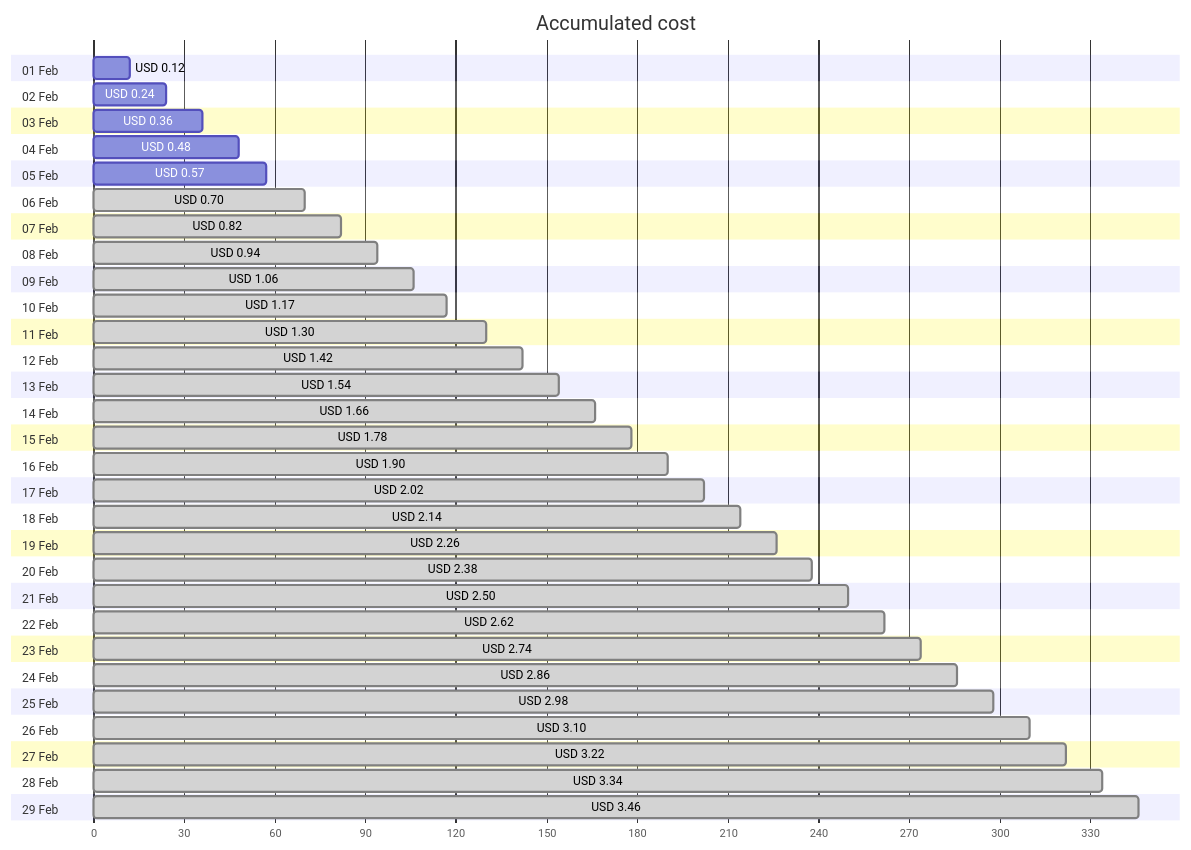
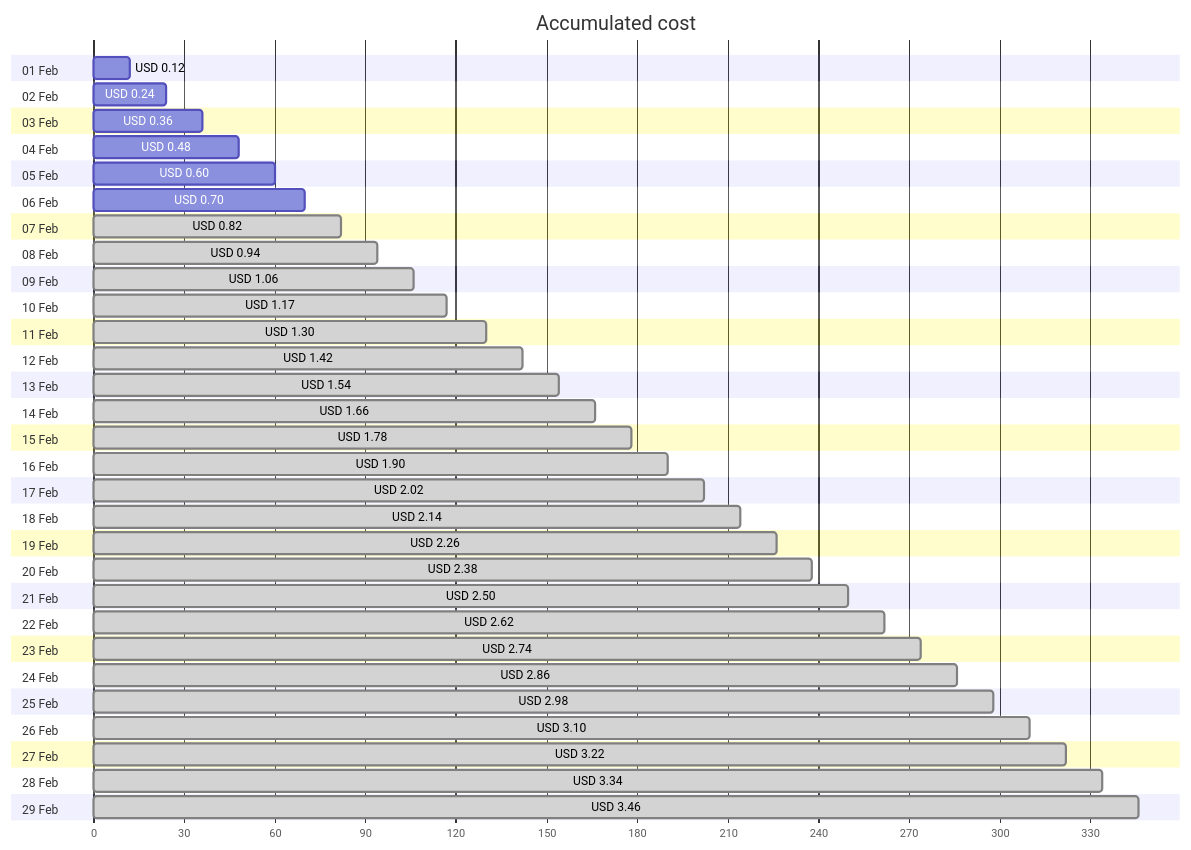
Before and after one commit to jpfulton/azure-personal-reports: the first of 4 diagrams in cost-reports/personal-network/vpn-server-public-ip.md, drawn with Mermaid. The commit also changed other lines of this file and 8 other files, not shown here.

````diff
--- a/cost-reports/personal-network/vpn-server-public-ip.md
+++ b/cost-reports/personal-network/vpn-server-public-ip.md
@@ -20,64 +20,64 @@
 ```mermaid
 gantt
    title Accumulated cost
    dateFormat  X
    axisFormat %s
    section 01 Feb
    USD 0.12 :0, 12
    section 02 Feb
    USD 0.24 :0, 24
    section 03 Feb
    USD 0.36 :0, 36
    section 04 Feb
    USD 0.48 :0, 48
    section 05 Feb
-   USD 0.57 :0, 57
+   USD 0.60 :0, 60
    section 06 Feb
-   USD 0.70 : done, 0, 70
+   USD 0.70 :0, 70
    section 07 Feb
    USD 0.82 : done, 0, 82
    section 08 Feb
    USD 0.94 : done, 0, 94
    section 09 Feb
    USD 1.06 : done, 0, 106
    section 10 Feb
    USD 1.17 : done, 0, 117
    section 11 Feb
    USD 1.30 : done, 0, 130
    section 12 Feb
    USD 1.42 : done, 0, 142
    section 13 Feb
    USD 1.54 : done, 0, 154
    section 14 Feb
    USD 1.66 : done, 0, 166
    section 15 Feb
    USD 1.78 : done, 0, 178
    section 16 Feb
    USD 1.90 : done, 0, 190
    section 17 Feb
    USD 2.02 : done, 0, 202
    section 18 Feb
    USD 2.14 : done, 0, 214
    section 19 Feb
    USD 2.26 : done, 0, 226
    section 20 Feb
    USD 2.38 : done, 0, 238
    section 21 Feb
    USD 2.50 : done, 0, 250
    section 22 Feb
    USD 2.62 : done, 0, 262
    section 23 Feb
    USD 2.74 : done, 0, 274
    section 24 Feb
    USD 2.86 : done, 0, 286
    section 25 Feb
    USD 2.98 : done, 0, 298
    section 26 Feb
    USD 3.10 : done, 0, 310
    section 27 Feb
    USD 3.22 : done, 0, 322
    section 28 Feb
    USD 3.34 : done, 0, 334
    section 29 Feb
    USD 3.46 : done, 0, 346
 ```
````
